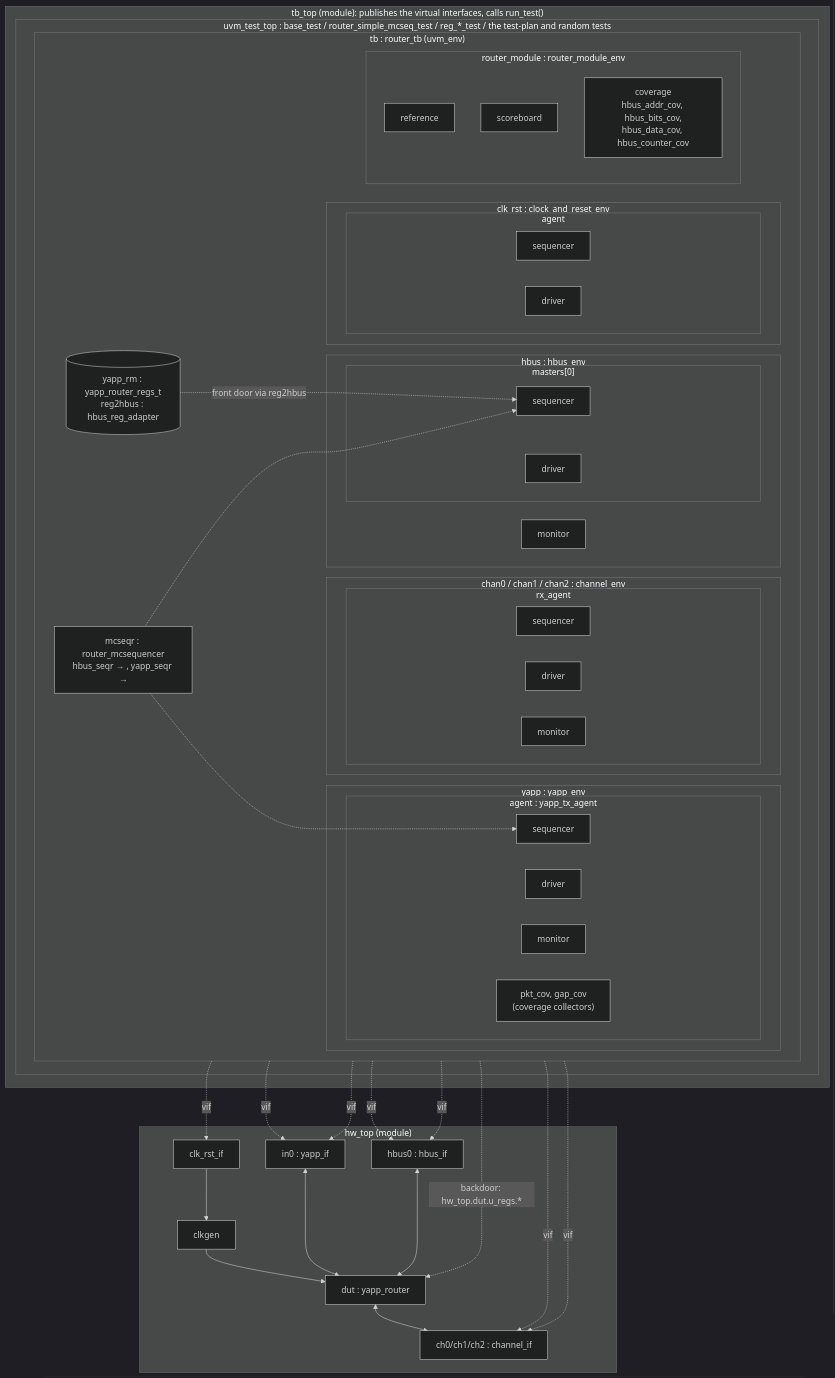
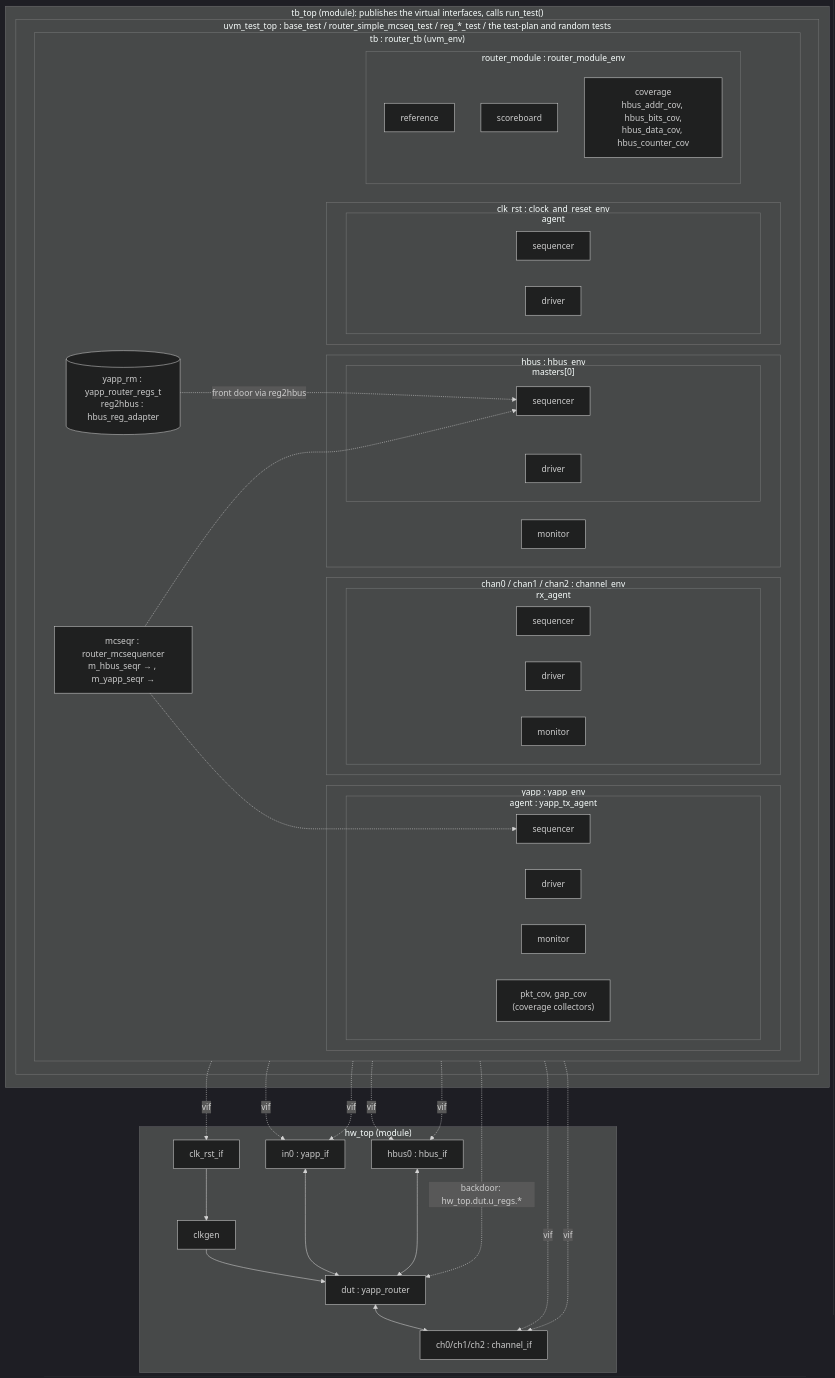
The first of 3 diagrams in docs/uvm/architecture.md (tamirgabgab/Qcom-Mentoring), drawn with Mermaid (dark theme) before and after one commit. The commit also changed other lines of this file and 83 other files, not shown here.

First line of the commit message:
Site diagrams use the code's variable names

````diff
--- a/docs/uvm/architecture.md
+++ b/docs/uvm/architecture.md
@@ -12,68 +12,68 @@
 ```mermaid
 flowchart TB
     subgraph tb_top["tb_top (module): publishes the virtual interfaces, calls run_test()"]
         subgraph test["uvm_test_top : base_test / router_simple_mcseq_test / reg_*_test / the test-plan and random tests"]
             subgraph tb["tb : router_tb (uvm_env)"]
                 direction LR
                 subgraph yapp["yapp : yapp_env"]
                     subgraph yagent["agent : yapp_tx_agent"]
                         yseqr["sequencer"]
                         ydrv["driver"]
                         ymon["monitor"]
                         ycov["pkt_cov, gap_cov<br/>(coverage collectors)"]
                     end
                 end
                 subgraph chan["chan0 / chan1 / chan2 : channel_env"]
                     subgraph cagent["rx_agent"]
                         cseqr["sequencer"]
                         cdrv["driver"]
                         cmon["monitor"]
                     end
                 end
                 subgraph hbus["hbus : hbus_env"]
                     subgraph hagent["masters[0]"]
                         hseqr["sequencer"]
                         hdrv["driver"]
                     end
                     hmon["monitor"]
                 end
                 subgraph clk["clk_rst : clock_and_reset_env"]
                     subgraph kagent["agent"]
                         kseqr["sequencer"]
                         kdrv["driver"]
                     end
                 end
-                mcseqr["mcseqr : router_mcsequencer<br/>hbus_seqr → , yapp_seqr →"]
+                mcseqr["mcseqr : router_mcsequencer<br/>m_hbus_seqr → , m_yapp_seqr →"]
                 subgraph rm["router_module : router_module_env"]
                     ref["reference"]
                     sb["scoreboard"]
                     rcov["coverage<br/>hbus_addr_cov, hbus_bits_cov,<br/>hbus_data_cov, hbus_counter_cov"]
                 end
                 yrm[("yapp_rm : yapp_router_regs_t<br/>reg2hbus : hbus_reg_adapter")]
             end
         end
     end
     subgraph hw_top["hw_top (module)"]
         clkif["clk_rst_if"]
         clkgen["clkgen"]
         in0["in0 : yapp_if"]
         hb0["hbus0 : hbus_if"]
         ch0["ch0/ch1/ch2 : channel_if"]
         dut["dut : yapp_router"]
         clkif --> clkgen --> dut
         in0 <--> dut
         hb0 <--> dut
         dut <--> ch0
     end
     ydrv -. vif .-> in0
     ymon -. vif .-> in0
     cdrv -. vif .-> ch0
     cmon -. vif .-> ch0
     hdrv -. vif .-> hb0
     hmon -. vif .-> hb0
     kdrv -. vif .-> clkif
     mcseqr -.-> hseqr
     mcseqr -.-> yseqr
     yrm -. "front door via reg2hbus" .-> hseqr
     yrm -. "backdoor: hw_top.dut.u_regs.*" .-> dut
 ```
````
